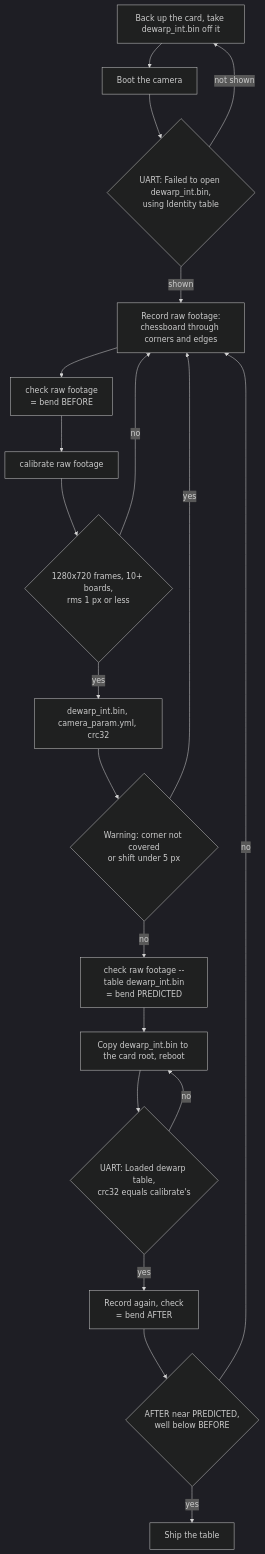
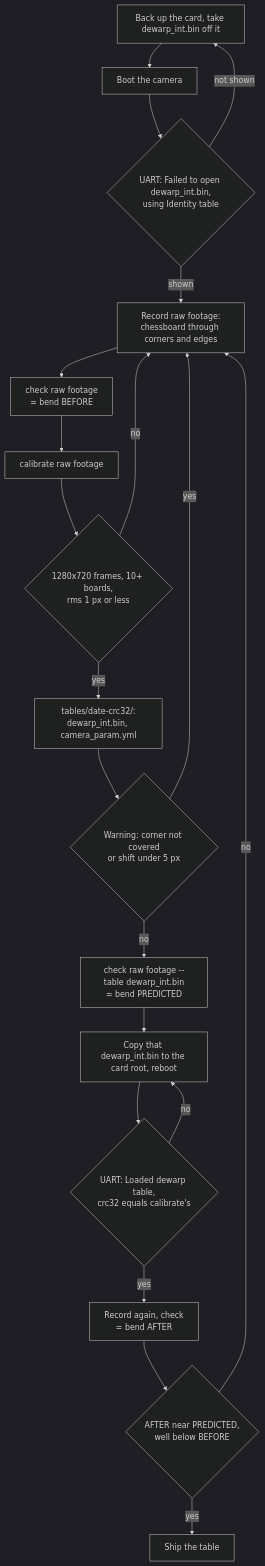
One commit to opo200tw/UM-GPM7-camera-undistort changed the diagram in README.md. Above: the diagram before and after it, drawn with Mermaid (dark theme). The commit also changed other lines of this file and 4 other files, not shown here.

First line of the commit message:
feat(dewarp): keep each table as a version under tables/<date>-<crc32>/

````diff
--- a/README.md
+++ b/README.md
@@ -96,22 +96,22 @@
 ```mermaid
 flowchart TD
     A["Back up the card, take dewarp_int.bin off it"] --> B["Boot the camera"]
     B --> C{"UART: Failed to open dewarp_int.bin,<br/>using Identity table"}
     C -- "not shown" --> A
     C -- shown --> D["Record raw footage:<br/>chessboard through corners and edges"]
     D --> E["check raw footage<br/>= bend BEFORE"]
     E --> F["calibrate raw footage"]
     F --> G{"1280x720 frames, 10+ boards,<br/>rms 1 px or less"}
     G -- no --> D
-    G -- yes --> H["dewarp_int.bin, camera_param.yml, crc32"]
+    G -- yes --> H["tables/date-crc32/:<br/>dewarp_int.bin, camera_param.yml"]
     H --> W{"Warning: corner not covered<br/>or shift under 5 px"}
     W -- yes --> D
     W -- no --> I["check raw footage --table dewarp_int.bin<br/>= bend PREDICTED"]
-    I --> J["Copy dewarp_int.bin to the card root, reboot"]
+    I --> J["Copy that dewarp_int.bin to the card root, reboot"]
     J --> K{"UART: Loaded dewarp table,<br/>crc32 equals calibrate's"}
     K -- no --> J
     K -- yes --> L["Record again, check<br/>= bend AFTER"]
     L --> M{"AFTER near PREDICTED,<br/>well below BEFORE"}
     M -- no --> D
     M -- yes --> N["Ship the table"]
 ```
````
